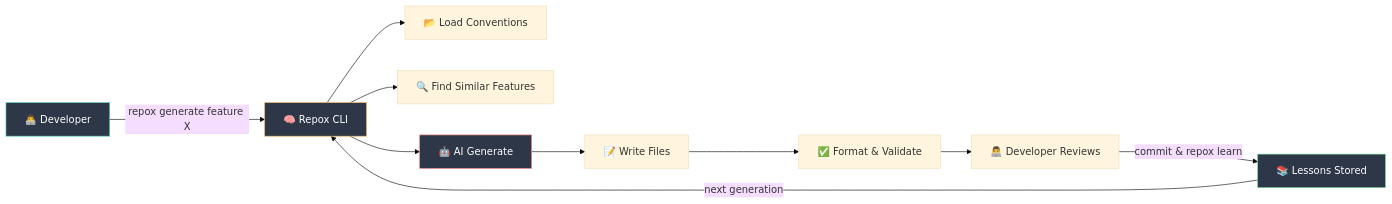
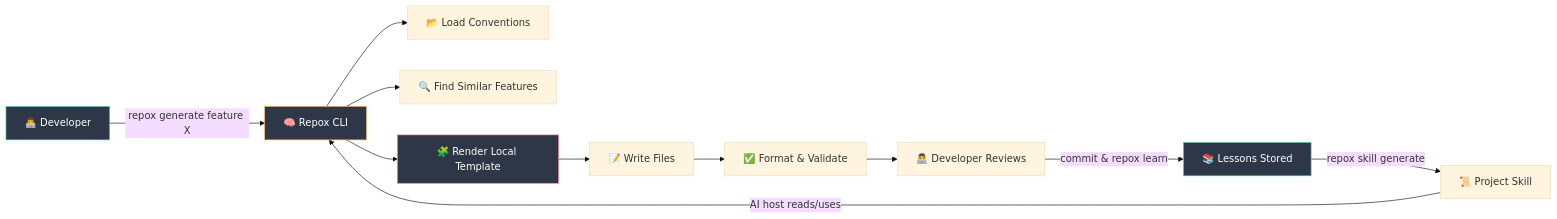
Before and after one commit to ChonlakanSutthimatmongkhol/repox: the first of 4 diagrams in README.md, drawn with Mermaid (base theme). The commit also changed other lines of this file and 17 other files, not shown here.

Commit message:
feat: make repox offline-only project skill tool

````diff
--- a/README.md
+++ b/README.md
@@ -179,17 +177,18 @@
 ```mermaid
 graph LR
     A["👨‍💻 Developer"] -->|"repox generate feature X"| B["🧠 Repox CLI"]
     B --> C["📂 Load Conventions"]
     B --> D["🔍 Find Similar Features"]
-    B --> E["🤖 AI Generate"]
+    B --> E["🧩 Render Local Template"]
     E --> F["📝 Write Files"]
     F --> G["✅ Format & Validate"]
     G --> H["👨‍💻 Developer Reviews"]
     H -->|"commit & repox learn"| I["📚 Lessons Stored"]
-    I -->|"next generation"| B
+    I -->|"repox skill generate"| J["📜 Project Skill"]
+    J -->|"AI host reads/uses"| B
 
     style A fill:#2d3748,stroke:#4fd1c5,color:#fff
     style B fill:#2d3748,stroke:#f6ad55,color:#fff
     style E fill:#2d3748,stroke:#fc8181,color:#fff
     style I fill:#2d3748,stroke:#68d391,color:#fff
 ```
````
